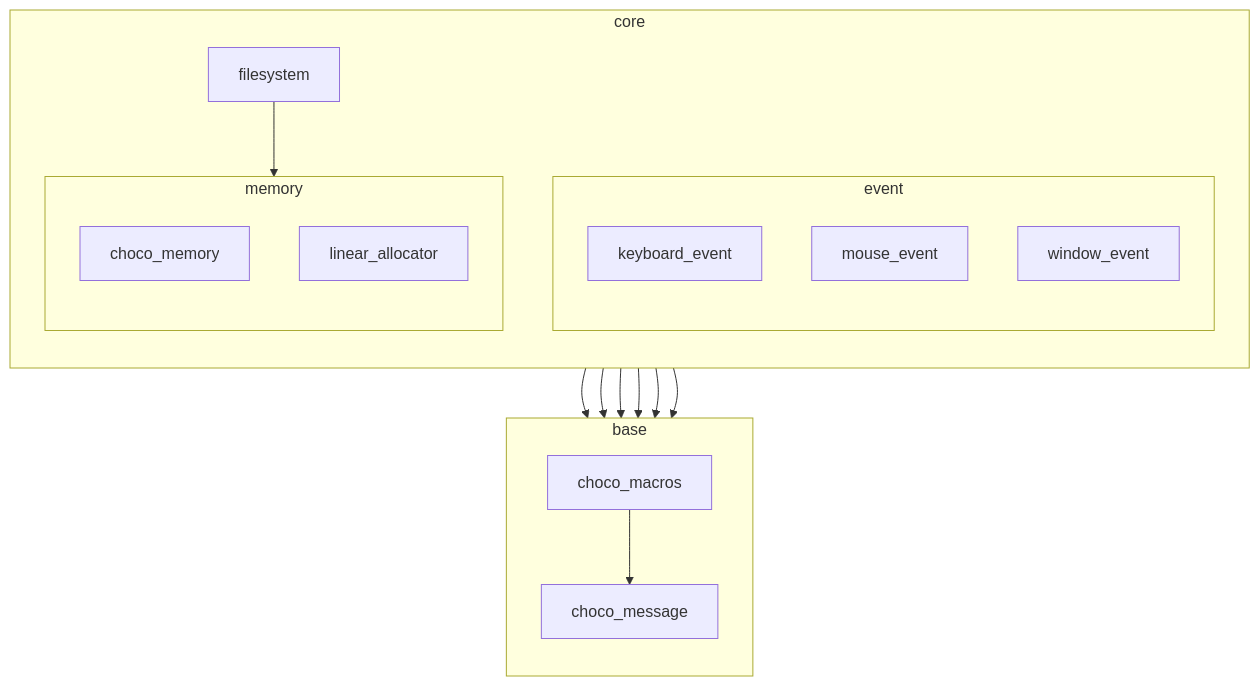
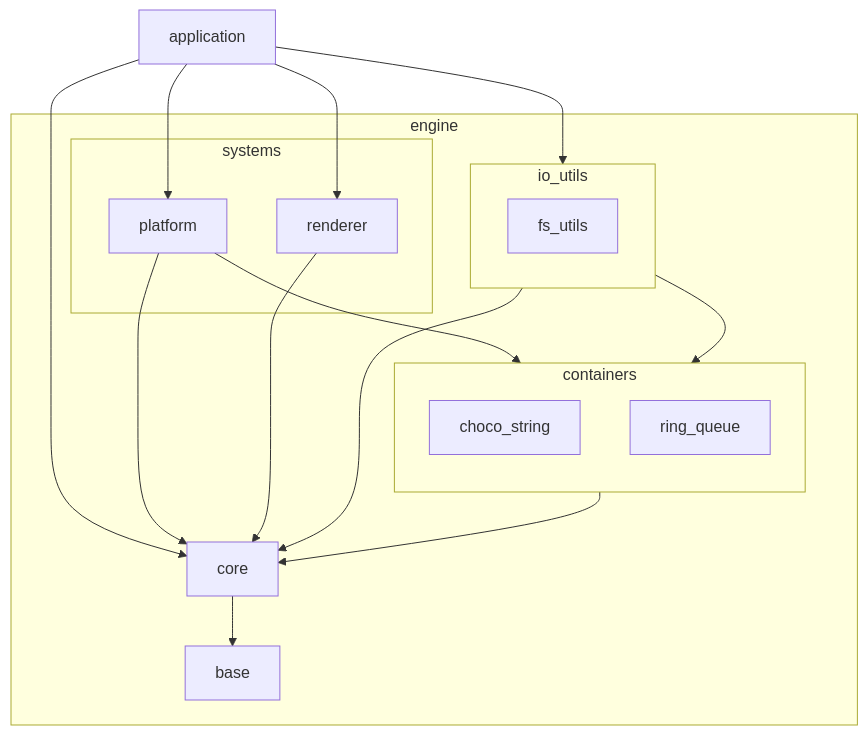
One commit to chocolate-pie24/gl_choco_engine changed the first of 3 diagrams in docs/layer.md. Above: the diagram before and after it, drawn with Mermaid. The commit also changed other lines of this file, not shown here.

Commit message:
docs: engine overview, platform, rendererレイヤー構成メンテナンス

````diff
--- a/docs/layer.md
+++ b/docs/layer.md
@@ -30,34 +28,40 @@
 ```mermaid
 graph TD
-  subgraph BASE[base]
-    direction TB
-    CHOCO_MESSAGE[choco_message]
-    CHOCO_MACROS[choco_macros]
-  end
-  CHOCO_MACROS --> CHOCO_MESSAGE
+  APPLICATION[application]
 
-  subgraph CORE[core]
-    direction TB
-    subgraph EVENT[event]
-      direction TB
-      KEYBOARD_EVENT[keyboard_event]
-      MOUSE_EVENT[mouse_event]
-      WINDOW_EVENT[window_event]
+  subgraph ENGINE[engine]
+    subgraph SYSTEMS[systems]
+      PLATFORM[platform]
+      RENDERER[renderer]
     end
 
-    subgraph MEMORY[memory]
-      direction TB
-      CHOCO_MEMORY[choco_memory]
-      LINEAR_ALLOCATOR[linear_allocator]
+    subgraph IO_UTILS[io_utils]
+      FS_UTILS[fs_utils]
     end
 
-    FILESYSTEM[filesystem]
+    subgraph CONTAINERS[containers]
+      direction TB
+      CHOCO_STRING[choco_string]
+      RING_QUEUE[ring_queue]
+    end
+
+    CORE[core]
+    BASE[base]
   end
-  FILESYSTEM --> CHOCO_MACROS
-  FILESYSTEM --> CHOCO_MESSAGE
-  FILESYSTEM --> CHOCO_MEMORY
-  CHOCO_MEMORY --> CHOCO_MACROS
-  CHOCO_MEMORY --> CHOCO_MESSAGE
-  LINEAR_ALLOCATOR --> CHOCO_MACROS
-  LINEAR_ALLOCATOR --> CHOCO_MESSAGE
+
+  APPLICATION --> PLATFORM
+  APPLICATION --> RENDERER
+  APPLICATION --> IO_UTILS
+  APPLICATION --> CORE
+
+  PLATFORM --> CONTAINERS
+  PLATFORM --> CORE
+  RENDERER --> CORE
+
+  IO_UTILS --> CONTAINERS
+  IO_UTILS --> CORE
+
+  CONTAINERS --> CORE
+
+  CORE --> BASE
 ```
````
